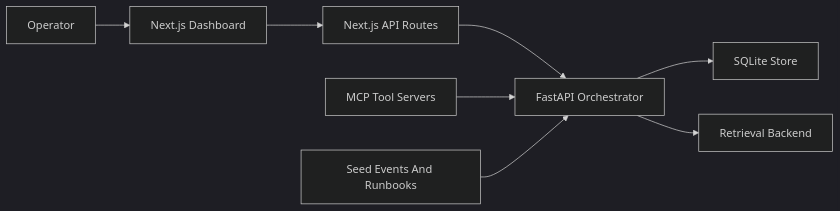
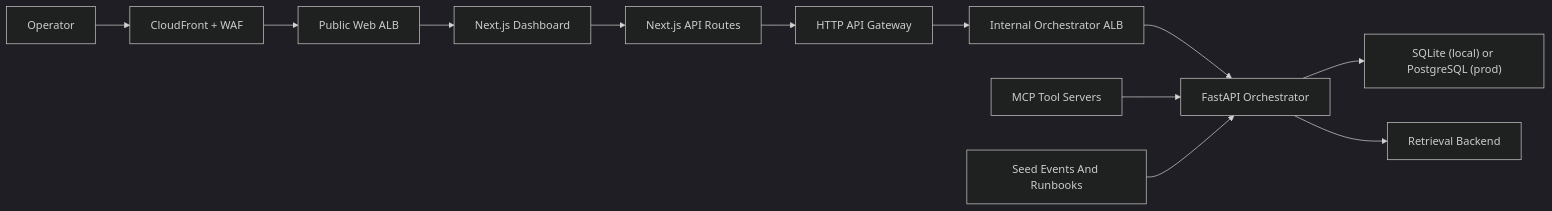
Before and after one commit to denis-mutuma/fleet-health-copilot: the first of 3 diagrams in docs/architecture.md, drawn with Mermaid (dark theme). The commit also changed other lines of this file and 19 other files, not shown here.

Commit message:
Add PostgreSQL, API Gateway, and edge infrastructure

````diff
--- a/docs/architecture.md
+++ b/docs/architecture.md
@@ -7,10 +7,14 @@
 ```mermaid
 flowchart LR
-  operator["Operator"] --> webApp["Next.js Dashboard"]
+  operator["Operator"] --> edge["CloudFront + WAF"]
+  edge --> webAlb["Public Web ALB"]
+  webAlb --> webApp["Next.js Dashboard"]
   webApp --> webApi["Next.js API Routes"]
-  webApi --> orchestrator["FastAPI Orchestrator"]
-  orchestrator --> sqlite["SQLite Store"]
+  webApi --> apiGateway["HTTP API Gateway"]
+  apiGateway --> internalAlb["Internal Orchestrator ALB"]
+  internalAlb --> orchestrator["FastAPI Orchestrator"]
+  orchestrator --> store["SQLite (local) or PostgreSQL (prod)"]
   orchestrator --> ragBackend["Retrieval Backend"]
   mcpTools["MCP Tool Servers"] --> orchestrator
   seedData["Seed Events And Runbooks"] --> orchestrator
 ```
````
